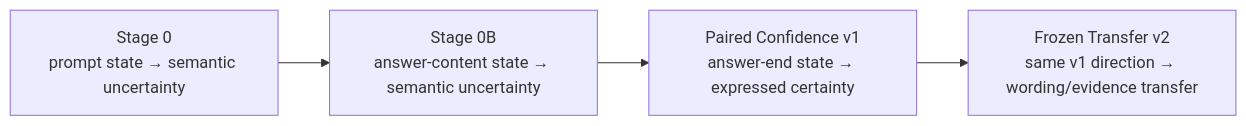
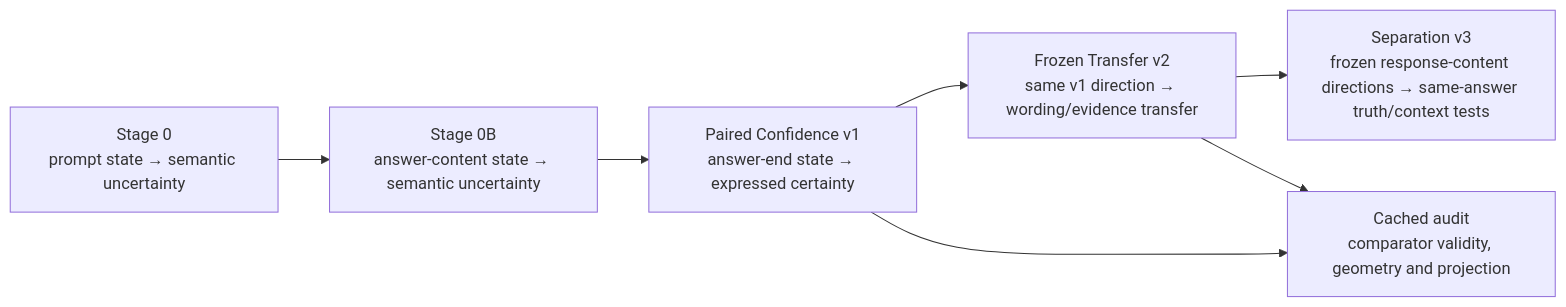
Before and after one commit to WenyiJin2003/mechanistic-confidence-sdt: the diagram in docs/experiments/EXPERIMENT_MAP.md, drawn with Mermaid. The commit also changed other lines of this file and 32 other files, not shown here.

````diff
--- a/docs/experiments/EXPERIMENT_MAP.md
+++ b/docs/experiments/EXPERIMENT_MAP.md
@@ -92,10 +96,15 @@
 ```mermaid
 flowchart LR
     S0["Stage 0<br/>prompt state → semantic uncertainty"]
     S0B["Stage 0B<br/>answer-content state → semantic uncertainty"]
     V1["Paired Confidence v1<br/>answer-end state → expressed certainty"]
     V2["Frozen Transfer v2<br/>same v1 direction → wording/evidence transfer"]
+    V3["Separation v3<br/>frozen response-content directions → same-answer truth/context tests"]
+    Audit["Cached audit<br/>comparator validity, geometry and projection"]
     S0 --> S0B
     S0B --> V1
     V1 --> V2
+    V2 --> V3
+    V1 --> Audit
+    V2 --> Audit
 ```
````
